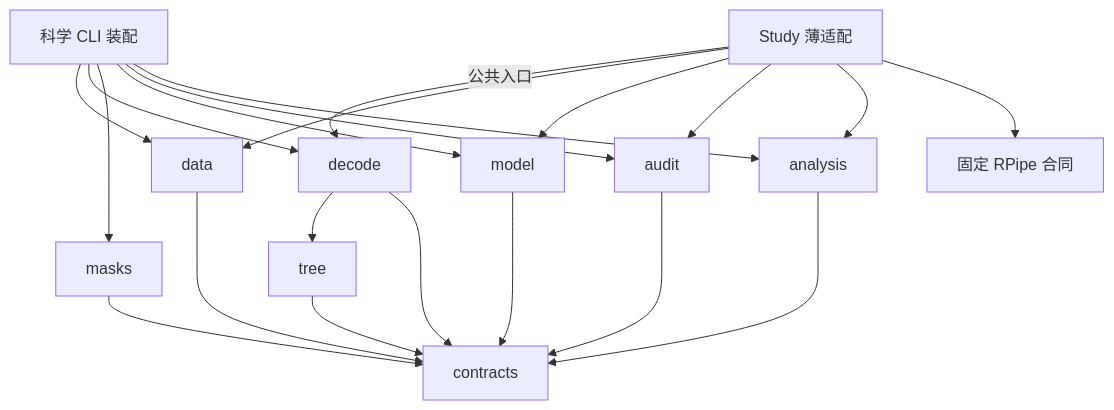
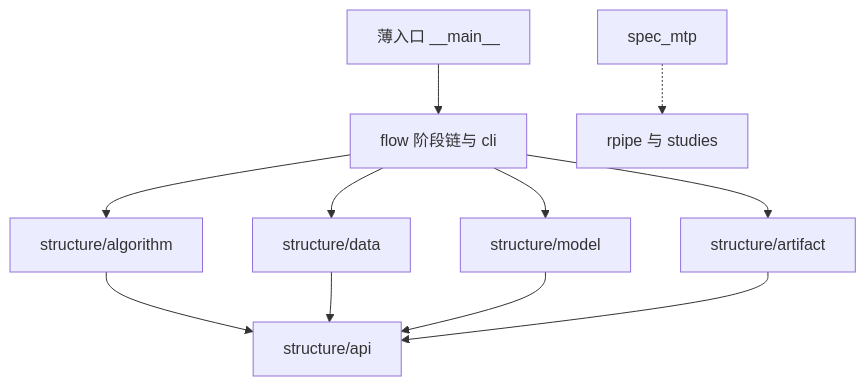
The second of 4 diagrams in docs/架构设计 Architecture Design 去噪推测解码.md (DreamSoul-AI/denoising-speculative-decoding), drawn with Mermaid before and after one commit. The commit also changed other lines of this file and 5 other files, not shown here.

First line of the commit message:
docs: adopt the structure/flow two-layer rule

````diff
--- a/docs/架构设计 Architecture Design 去噪推测解码.md
+++ b/docs/架构设计 Architecture Design 去噪推测解码.md
@@ -78,23 +78,13 @@
 ```mermaid
 flowchart TB
-    Boot[科学 CLI 装配] --> Data[data]
-    Boot --> Decode[decode]
-    Boot --> Masks[masks]
-    Boot --> Model[model]
-    Boot --> Audit[audit]
-    Boot --> Analysis[analysis]
-    Decode --> Tree[tree]
-    Decode --> Types[contracts]
-    Data --> Types
-    Model --> Types
-    Audit --> Types
-    Analysis --> Types
-    Masks --> Types
-    Tree --> Types
-    Study[Study 薄适配] -->|公共入口| Decode
-    Study --> Data
-    Study --> Model
-    Study --> Audit
-    Study --> Analysis
-    Study --> RPipe[固定 RPipe 合同]
+    Thin[薄入口 __main__] --> Flow[flow 阶段链与 cli]
+    Flow --> Algorithm[structure/algorithm]
+    Flow --> Data[structure/data]
+    Flow --> Model[structure/model]
+    Flow --> Artifact[structure/artifact]
+    Algorithm --> Api[structure/api]
+    Data --> Api
+    Model --> Api
+    Artifact --> Api
+    Host[spec_mtp] -.-> Outside[rpipe 与 studies]
 ```
````
